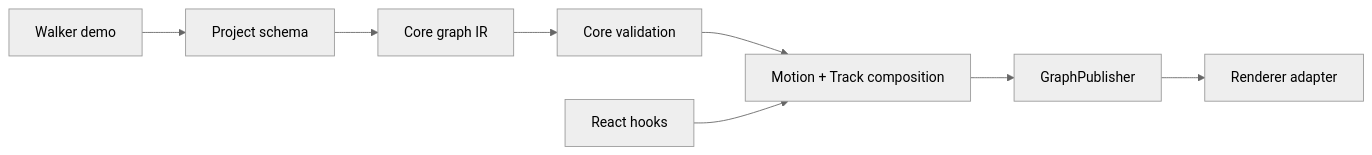
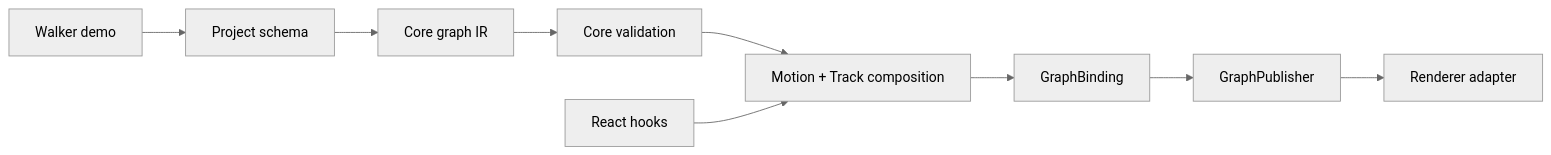
The diagram in docs/ARCHITECTURE.md (chahyasantoso/motionpath), drawn with Mermaid (neutral theme) before and after one commit. The commit also changed other lines of this file, not shown here.

Commit message:
docs: align architecture map with v4.3 graph ownership

````diff
--- a/docs/ARCHITECTURE.md
+++ b/docs/ARCHITECTURE.md
@@ -20,10 +21,11 @@
 ```mermaid
 flowchart LR
   schema[Project schema] --> ir[Core graph IR]
   ir --> validation[Core validation]
   validation --> motion[Motion + Track composition]
-  motion --> publisher[GraphPublisher]
+  motion --> binding[GraphBinding]
+  binding --> publisher[GraphPublisher]
   publisher --> renderer[Renderer adapter]
   react[React hooks] --> motion
   walker[Walker demo] --> schema
 ```
````
